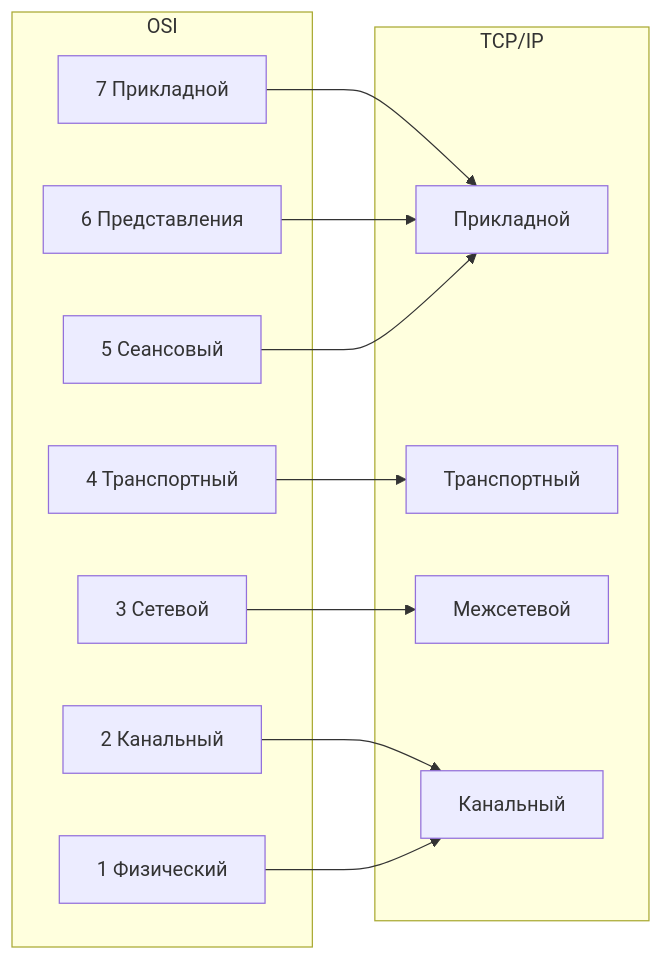
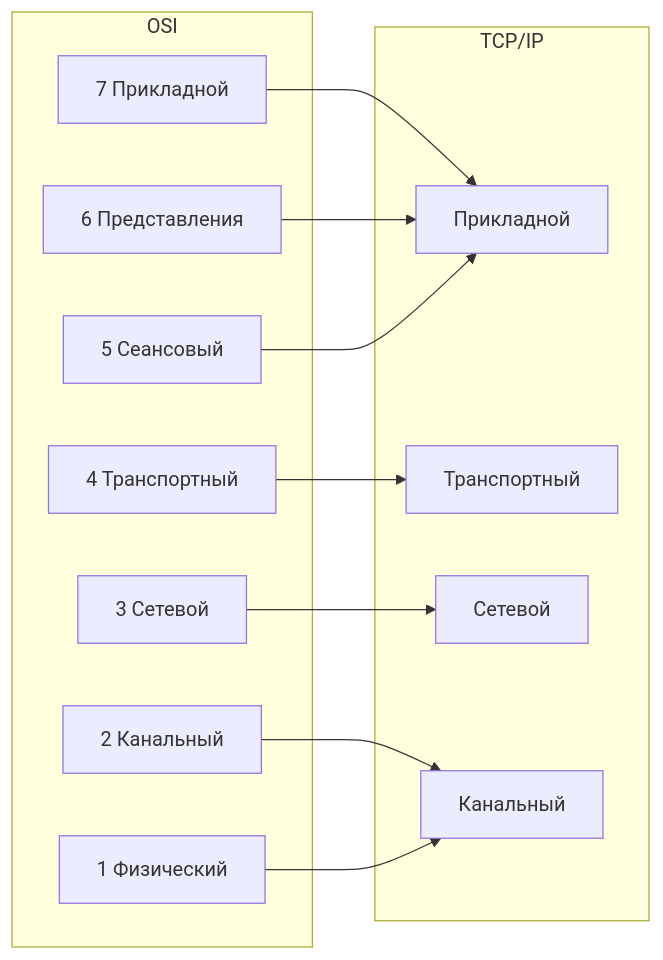
One commit to Dzhambulat-Kagermanov/obsidian-ggkit-C1.23.41 changed the diagram in ПМ.02 Организация сетевого администрирования операционных систем/2. Основы по сетям. LAN, WAN, Сетевые модели.md. Above: the diagram before and after it, drawn with Mermaid.

Commit message:
auto backup: 1 2026-10-06 23:40:50 M ПМ.02 Организация сетевого администрирования операционных систем/2. Основы по сетям. LAN, WAN, Сетевые модели.md

````diff
--- a/ПМ.02 Организация сетевого администрирования операционных систем/2. Основы по сетям. LAN, WAN, Сетевые модели.md
+++ b/ПМ.02 Организация сетевого администрирования операционных систем/2. Основы по сетям. LAN, WAN, Сетевые модели.md
@@ -159,25 +159,25 @@
 ```mermaid
 graph LR
   subgraph OSI
     O7[7 Прикладной]
     O6[6 Представления]
     O5[5 Сеансовый]
     O4[4 Транспортный]
     O3[3 Сетевой]
     O2[2 Канальный]
     O1[1 Физический]
   end
   subgraph TCP/IP
     T4[Прикладной]
     T3[Транспортный]
-    T2[Межсетевой]
+    T2[Сетевой]
     T1[Канальный]
   end
   O7 --> T4
   O6 --> T4
   O5 --> T4
   O4 --> T3
   O3 --> T2
   O2 --> T1
   O1 --> T1
 ```
````
